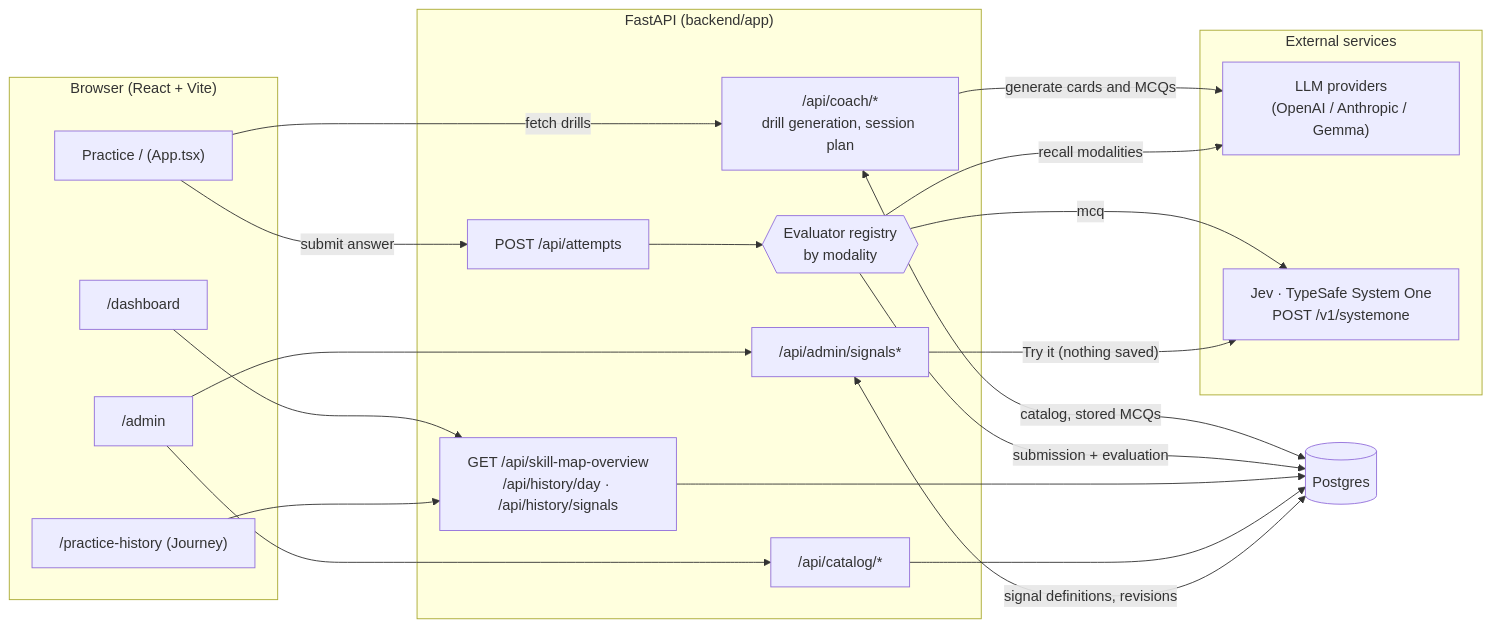
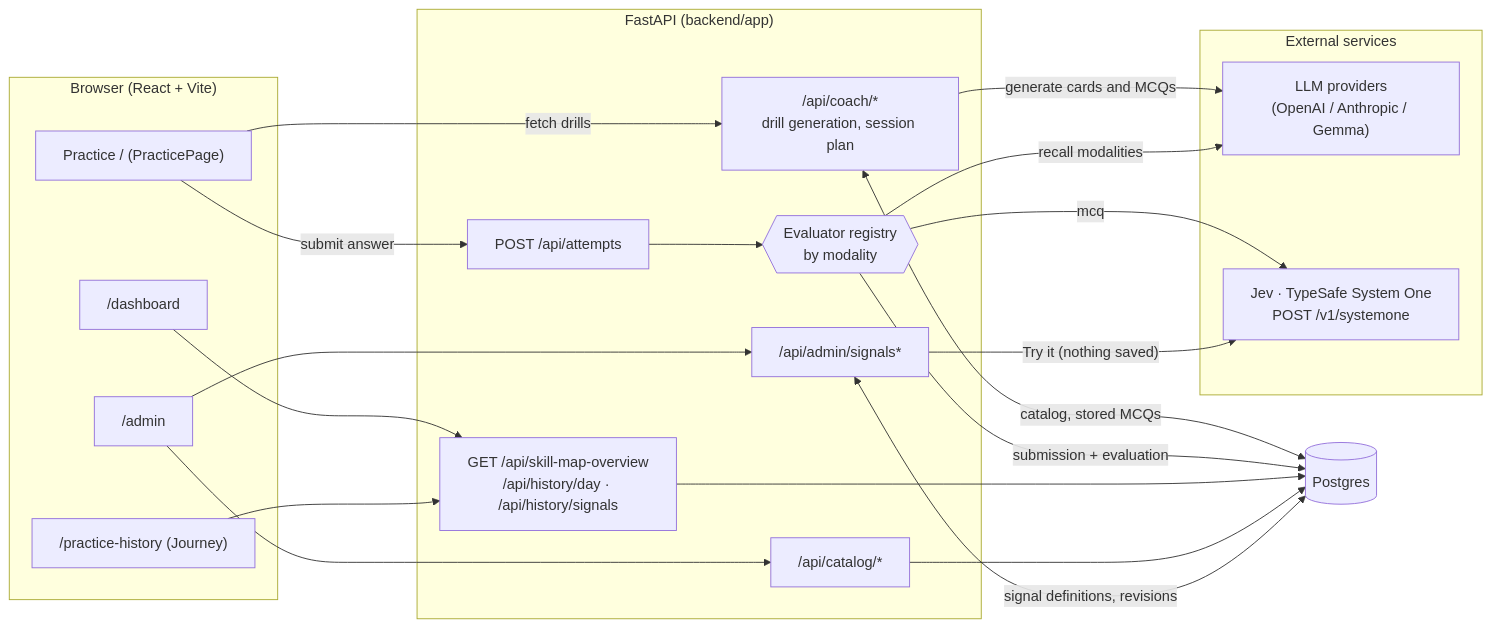
One commit to maxmarzolf/system1 changed the first of 5 diagrams in docs/data-flow.md. Above: the diagram before and after it, drawn with Mermaid. The commit also changed 5 other files, not shown here.

````diff
--- a/docs/data-flow.md
+++ b/docs/data-flow.md
@@ -7,43 +7,43 @@
 ```mermaid
 flowchart LR
   subgraph Browser["Browser (React + Vite)"]
-    Practice["Practice / (App.tsx)"]
+    Practice["Practice / (PracticePage)"]
     Dashboard["/dashboard"]
     Journey["/practice-history (Journey)"]
     Admin["/admin"]
   end
 
   subgraph API["FastAPI (backend/app)"]
     Coach["/api/coach/*<br/>drill generation, session plan"]
     Attempts["POST /api/attempts"]
     Reads["GET /api/skill-map-overview<br/>/api/history/day · /api/history/signals"]
     Catalog["/api/catalog/*"]
     AdminAPI["/api/admin/signals*"]
     Evaluators{{"Evaluator registry<br/>by modality"}}
   end
 
   subgraph External["External services"]
     LLM["LLM providers<br/>(OpenAI / Anthropic / Gemma)"]
     Jev["Jev · TypeSafe System One<br/>POST /v1/systemone"]
   end
 
   DB[("Postgres")]
 
   Practice -->|"fetch drills"| Coach
   Coach -->|"generate cards and MCQs"| LLM
   Coach <-->|"catalog, stored MCQs"| DB
   Practice -->|"submit answer"| Attempts
   Attempts --> Evaluators
   Evaluators -->|"mcq"| Jev
   Evaluators -->|"recall modalities"| LLM
   Evaluators -->|"submission + evaluation"| DB
 
   Dashboard --> Reads
   Journey --> Reads
   Reads --> DB
   Admin --> Catalog
   Catalog --> DB
   Admin --> AdminAPI
   AdminAPI <-->|"signal definitions, revisions"| DB
   AdminAPI -->|"Try it (nothing saved)"| Jev
 ```
````
